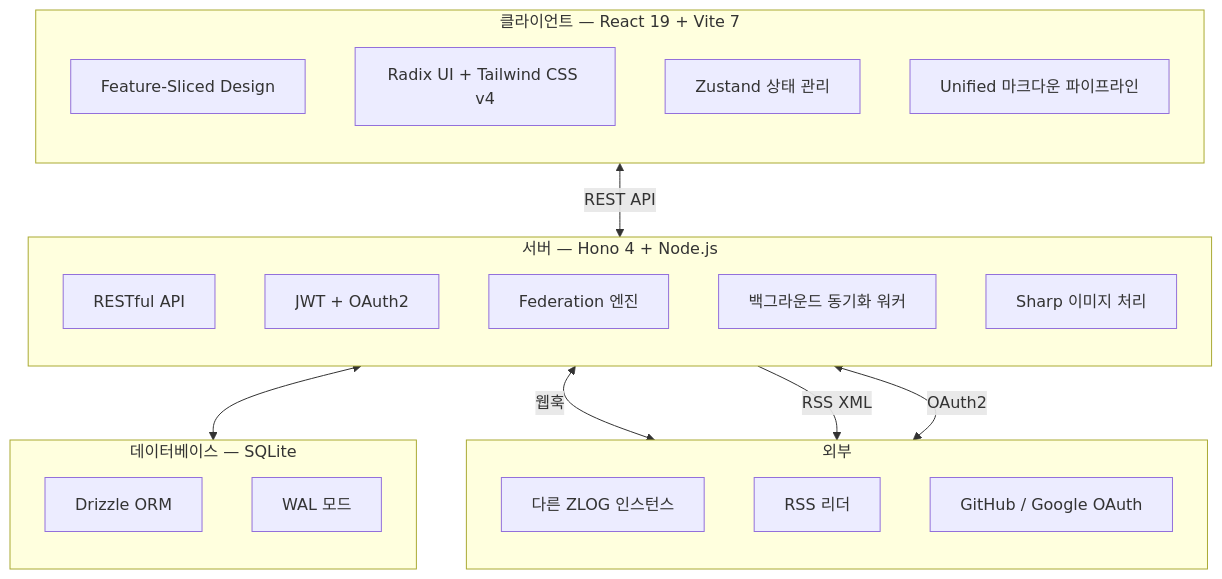
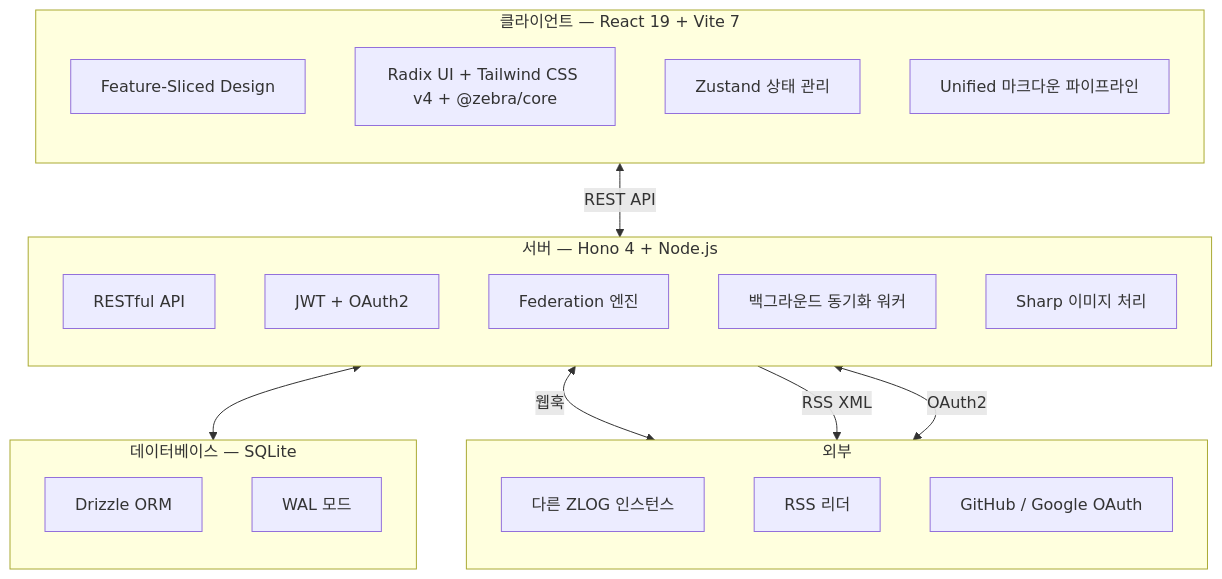
The fourth of 4 diagrams in README.ko.md (zebra0303/zlog), drawn with Mermaid before and after one commit. The commit also changed 2 other files, not shown here.

Commit message:
docs: update README with zCore integration details

````diff
--- a/README.ko.md
+++ b/README.ko.md
@@ -325,38 +325,38 @@
 ```mermaid
 flowchart TB
     subgraph client [클라이언트 — React 19 + Vite 7]
         direction TB
         FSD[Feature-Sliced Design]
-        UI[Radix UI + Tailwind CSS v4]
+        UI[Radix UI + Tailwind CSS v4 + @zebra/core]
         State[Zustand 상태 관리]
         MD[Unified 마크다운 파이프라인]
     end
 
     subgraph server [서버 — Hono 4 + Node.js]
         direction TB
         API[RESTful API]
         Auth[JWT + OAuth2]
         Fed[Federation 엔진]
         Sync[백그라운드 동기화 워커]
         Img[Sharp 이미지 처리]
     end
 
     subgraph db [데이터베이스 — SQLite]
         direction TB
         Drizzle[Drizzle ORM]
         WAL[WAL 모드]
     end
 
     subgraph external [외부]
         direction TB
         OtherZlog[다른 ZLOG 인스턴스]
         RSSReaders[RSS 리더]
         OAuth[GitHub / Google OAuth]
     end
 
     client <-->|REST API| server
     server <--> db
     server <-->|웹훅| OtherZlog
     server -->|RSS XML| RSSReaders
     server <-->|OAuth2| OAuth
 ```
````
